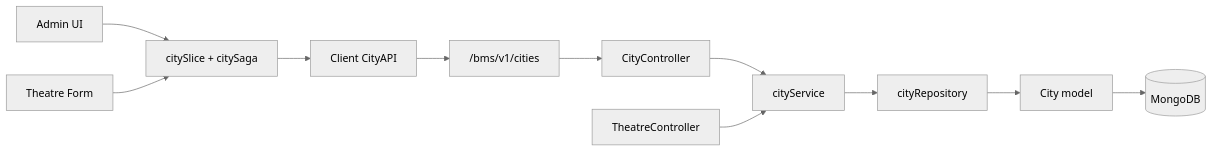
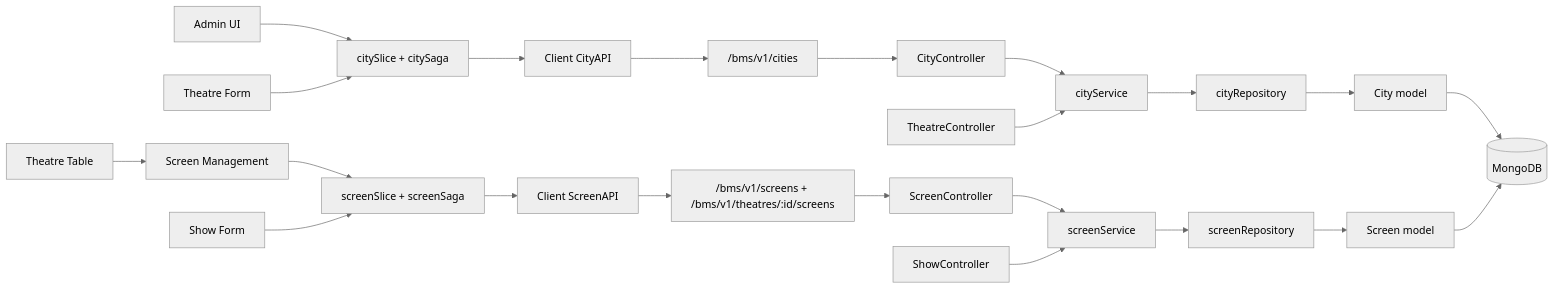
One commit to Shravan-509/BookMyShow changed the ninth of 11 diagrams in docs/ARCHITECTURE.md. Above: the diagram before and after it, drawn with Mermaid (neutral theme). The commit also changed other lines of this file and 44 other files, not shown here.

First line of the commit message:
feat(screen): complete screen-aware show management

````diff
--- a/docs/ARCHITECTURE.md
+++ b/docs/ARCHITECTURE.md
@@ -628,13 +628,24 @@
 ```mermaid
 flowchart LR
     Admin["Admin UI"] --> CityRedux["citySlice + citySaga"]
     TheatreForm["Theatre Form"] --> CityRedux
     CityRedux --> CityAPI["Client CityAPI"]
     CityAPI --> CityRoutes["/bms/v1/cities"]
     CityRoutes --> CityController["CityController"]
     CityController --> CityService["cityService"]
     CityService --> CityRepository["cityRepository"]
     CityRepository --> CityModel["City model"]
     CityModel --> MongoDB[("MongoDB")]
     TheatreController["TheatreController"] --> CityService
+    TheatreUI["Theatre Table"] --> ScreenModal["Screen Management"]
+    ScreenModal --> ScreenRedux["screenSlice + screenSaga"]
+    ShowForm["Show Form"] --> ScreenRedux
+    ScreenRedux --> ScreenAPI["Client ScreenAPI"]
+    ScreenAPI --> ScreenRoutes["/bms/v1/screens + /bms/v1/theatres/:id/screens"]
+    ScreenRoutes --> ScreenController["ScreenController"]
+    ScreenController --> ScreenService["screenService"]
+    ScreenService --> ScreenRepository["screenRepository"]
+    ScreenRepository --> ScreenModel["Screen model"]
+    ScreenModel --> MongoDB
+    ShowController["ShowController"] --> ScreenService
 ```
````
